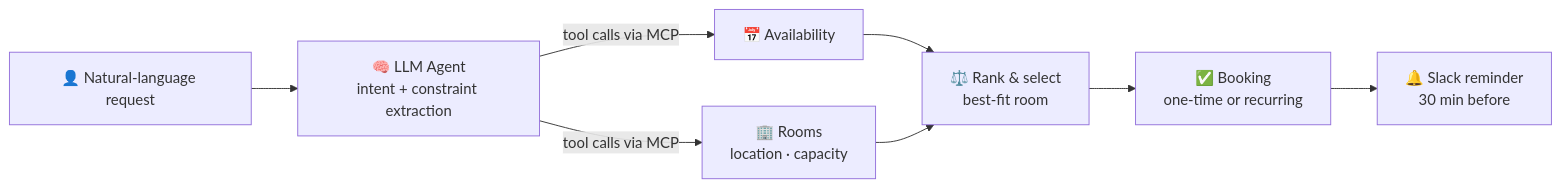
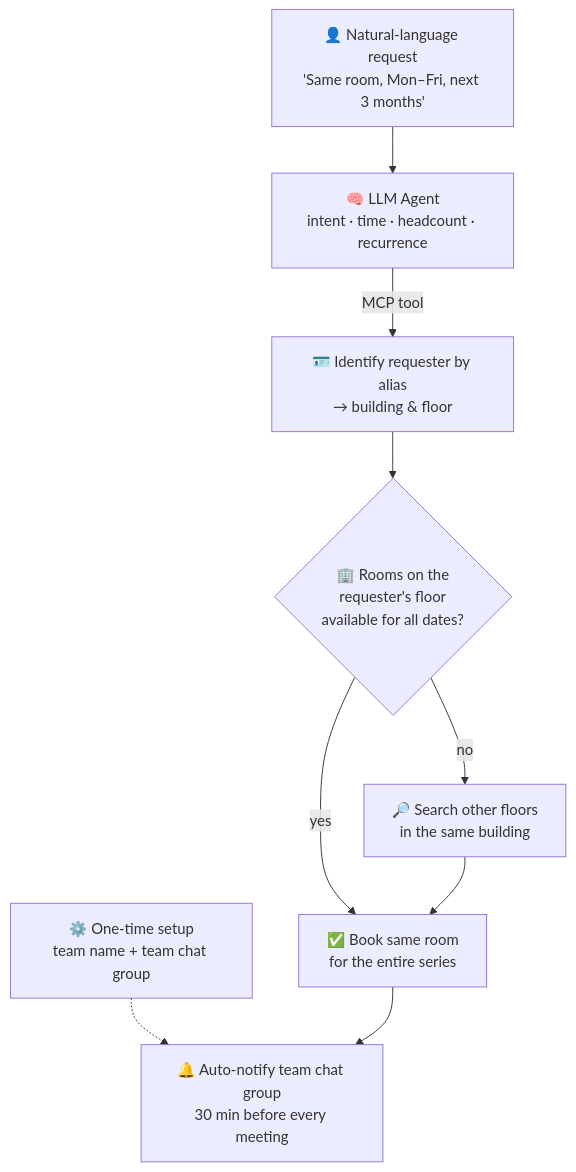
Before and after one commit to Dheerajpavuluri/Dheerajpavuluri: the diagram in README.md, drawn with Mermaid. The commit also changed other lines of this file, not shown here.

Commit message:
Detail AI Meeting Room Scheduler workflow and update architecture diagram

````diff
--- a/README.md
+++ b/README.md
@@ -113,10 +120,11 @@
 ```mermaid
-flowchart LR
-    U["👤 Natural-language request"] --> A["🧠 LLM Agent<br/>intent + constraint extraction"]
-    A -->|tool calls via MCP| T1["📅 Availability"]
-    A -->|tool calls via MCP| T2["🏢 Rooms<br/>location · capacity"]
-    T1 --> R["⚖️ Rank & select<br/>best-fit room"]
-    T2 --> R
-    R --> B["✅ Booking<br/>one-time or recurring"]
-    B --> S["🔔 Slack reminder<br/>30 min before"]
+flowchart TD
+    S0["⚙️ One-time setup<br/>team name + team chat group"] -.-> N
+    U["👤 Natural-language request<br/>'Same room, Mon–Fri, next 3 months'"] --> A["🧠 LLM Agent<br/>intent · time · headcount · recurrence"]
+    A -->|MCP tool| P["🪪 Identify requester by alias<br/>→ building & floor"]
+    P --> F1{"🏢 Rooms on the<br/>requester's floor<br/>available for all dates?"}
+    F1 -->|yes| B["✅ Book same room<br/>for the entire series"]
+    F1 -->|no| F2["🔎 Search other floors<br/>in the same building"]
+    F2 --> B
+    B --> N["🔔 Auto-notify team chat group<br/>30 min before every meeting"]
 ```
````
